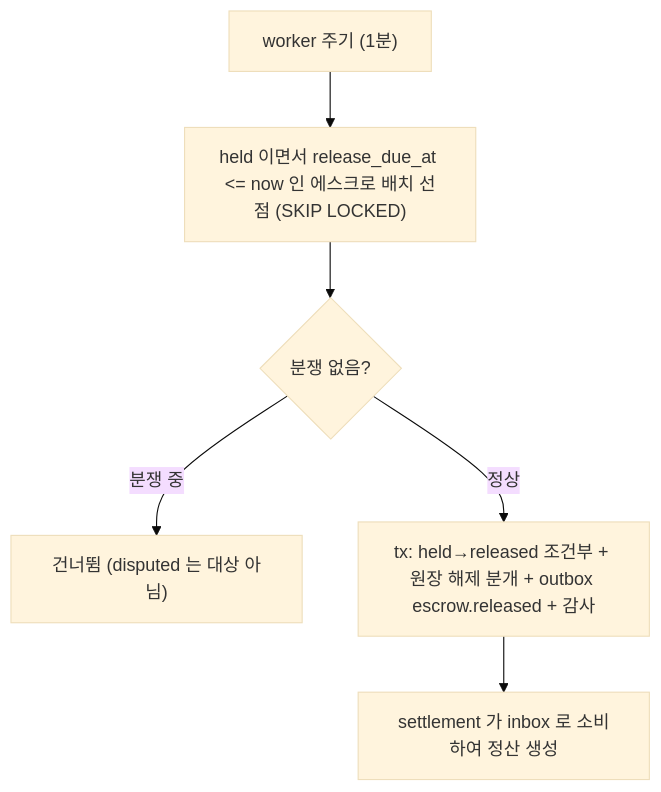
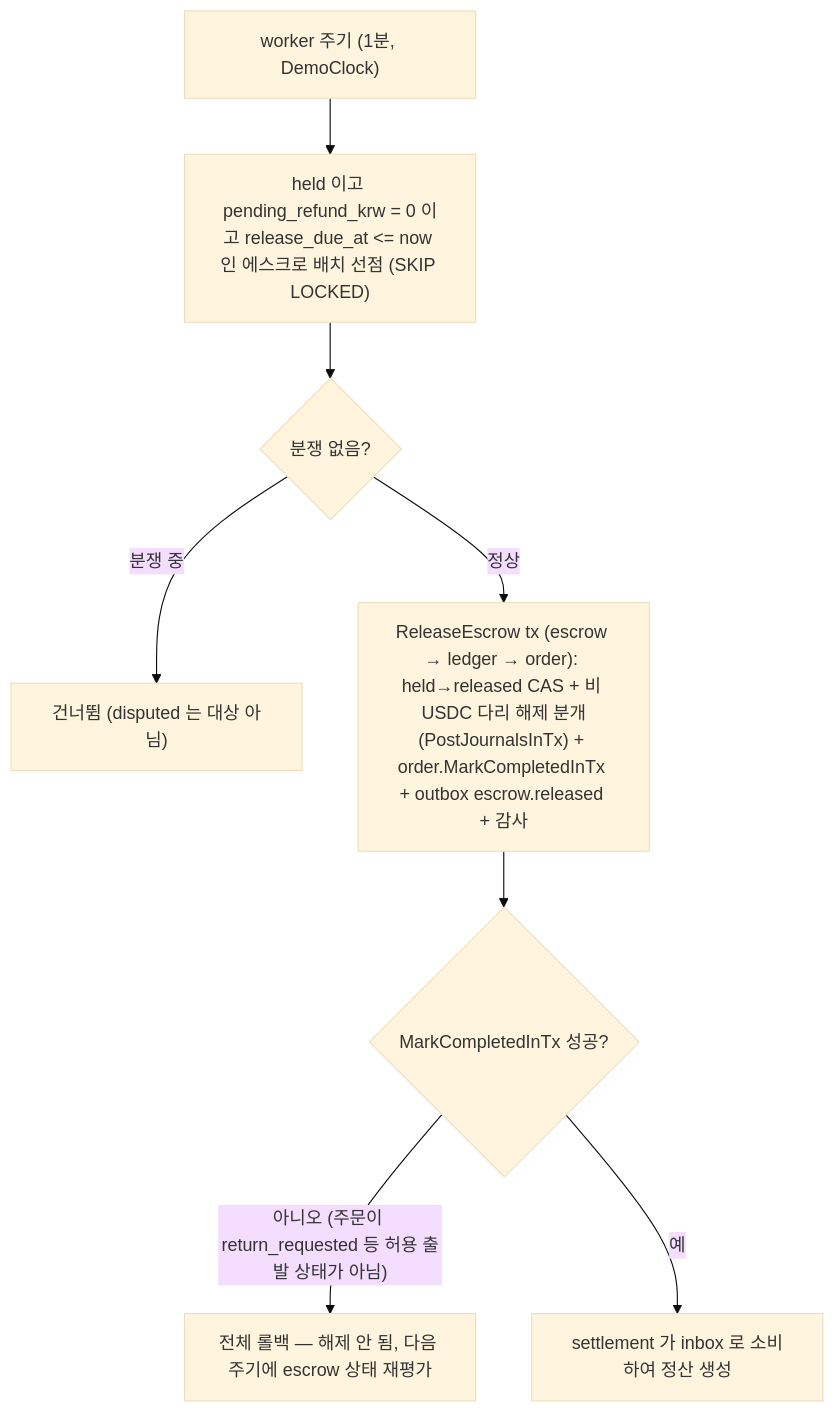
Diagram 19 of 28 in docs/design/phases/02-commerce.md (1985jwlee/portpolio_backend), drawn with Mermaid (base theme) before and after one commit. The commit also changed other lines of this file and 33 other files, not shown here.

````diff
--- a/docs/design/phases/02-commerce.md
+++ b/docs/design/phases/02-commerce.md
@@ -982,8 +1011,10 @@
 ```mermaid
 flowchart TD
-    A["worker 주기 (1분)"] --> B["held 이면서 release_due_at <= now 인 에스크로 배치 선점 (SKIP LOCKED)"]
+    A["worker 주기 (1분, DemoClock)"] --> B["held 이고 pending_refund_krw = 0 이고 release_due_at <= now 인 에스크로 배치 선점 (SKIP LOCKED)"]
     B --> C{"분쟁 없음?"}
     C -- "분쟁 중" --> C2["건너뜀 (disputed 는 대상 아님)"]
-    C -- "정상" --> D["tx: held→released 조건부 + 원장 해제 분개 + outbox escrow.released + 감사"]
-    D --> E["settlement 가 inbox 로 소비하여 정산 생성"]
+    C -- "정상" --> D["ReleaseEscrow tx (escrow → ledger → order): held→released CAS + 비 USDC 다리 해제 분개(PostJournalsInTx) + order.MarkCompletedInTx + outbox escrow.released + 감사"]
+    D --> D2{"MarkCompletedInTx 성공?"}
+    D2 -- "아니오 (주문이 return_requested 등 허용 출발 상태가 아님)" --> R["전체 롤백 — 해제 안 됨, 다음 주기에 escrow 상태 재평가"]
+    D2 -- "예" --> E["settlement 가 inbox 로 소비하여 정산 생성"]
 ```
````
